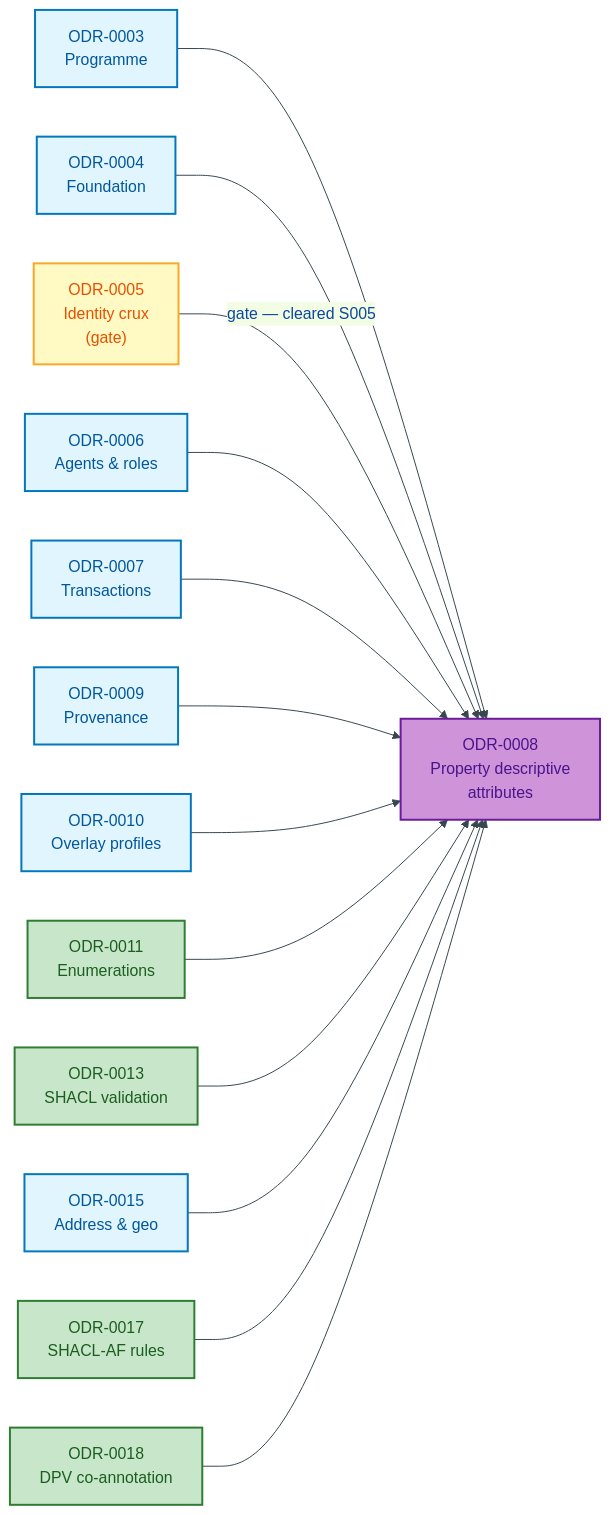
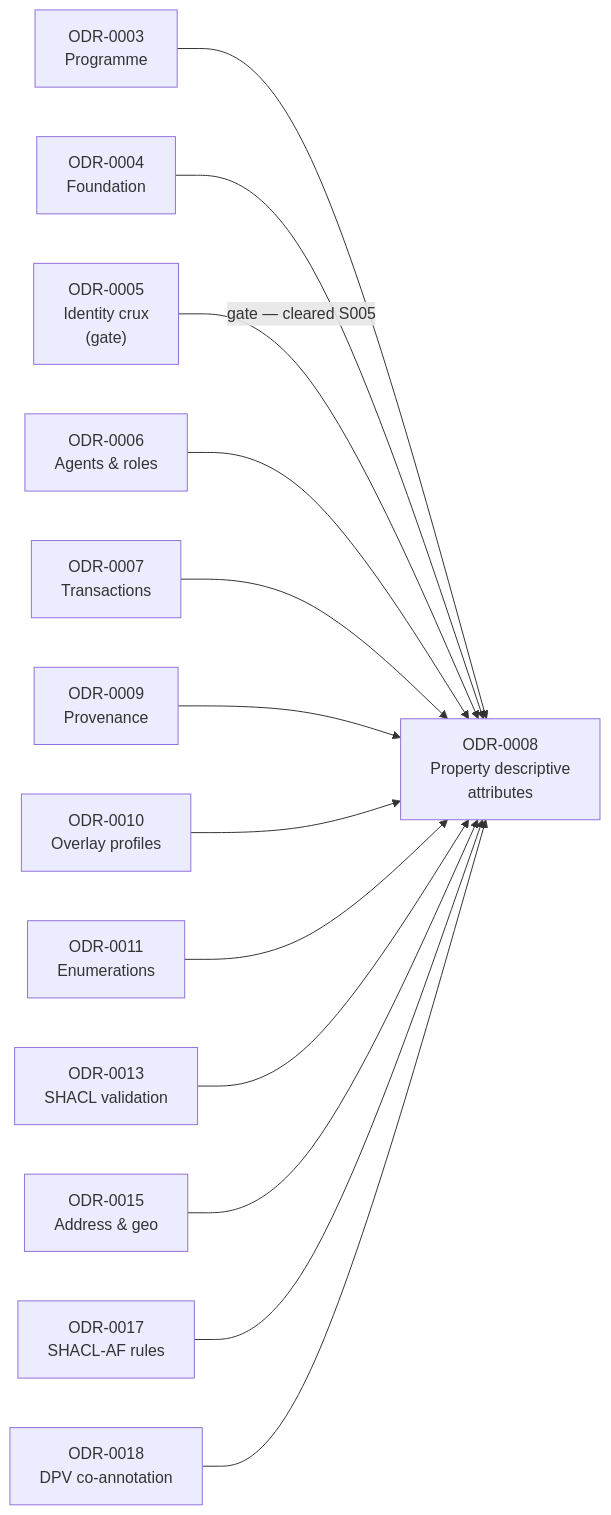
One commit to sparkling/opda changed the third of 3 diagrams in docs/ontology/odr/ODR-0008-property-descriptive-attributes.md. Above: the diagram before and after it, drawn with Mermaid. The commit also changed other lines of this file and 25 other files, not shown here.

````diff
--- a/docs/ontology/odr/ODR-0008-property-descriptive-attributes.md
+++ b/docs/ontology/odr/ODR-0008-property-descriptive-attributes.md
@@ -190,37 +184,32 @@
 ```mermaid
-%%{init:{"theme":"base","themeVariables":{"primaryColor":"#E3F2FD","primaryTextColor":"#0D47A1","primaryBorderColor":"#1565C0","lineColor":"#37474F"}}}%%
 flowchart LR
     accTitle: ODR-0008 dependency graph
     accDescr: Shows which ODRs ODR-0008 depends on and which it implements, based on frontmatter depends-on and implements fields.
-    classDef foundation fill:#E1F5FE,stroke:#0277BD,stroke-width:2px,color:#01579B
-    classDef gate fill:#FFF9C4,stroke:#F9A825,stroke-width:2px,color:#E65100
-    classDef impl fill:#C8E6C9,stroke:#2E7D32,stroke-width:2px,color:#1B5E20
-    classDef self fill:#CE93D8,stroke:#6A1B9A,stroke-width:2px,color:#4A148C
 
-    ODR0003["ODR-0003<br/>Programme"]:::foundation
-    ODR0004["ODR-0004<br/>Foundation"]:::foundation
-    ODR0005["ODR-0005<br/>Identity crux<br/>(gate)"]:::gate
-    ODR0006["ODR-0006<br/>Agents &amp; roles"]:::foundation
-    ODR0007["ODR-0007<br/>Transactions"]:::foundation
-    ODR0009["ODR-0009<br/>Provenance"]:::foundation
-    ODR0010["ODR-0010<br/>Overlay profiles"]:::foundation
-    ODR0011["ODR-0011<br/>Enumerations"]:::impl
-    ODR0013["ODR-0013<br/>SHACL validation"]:::impl
-    ODR0015["ODR-0015<br/>Address &amp; geo"]:::foundation
-    ODR0017["ODR-0017<br/>SHACL-AF rules"]:::impl
-    ODR0018["ODR-0018<br/>DPV co-annotation"]:::impl
-    ODR0008["ODR-0008<br/>Property descriptive<br/>attributes"]:::self
+    ODR0003["ODR-0003<br/>Programme"]:::process
+    ODR0004["ODR-0004<br/>Foundation"]:::process
+    ODR0005["ODR-0005<br/>Identity crux<br/>(gate)"]:::warning
+    ODR0006["ODR-0006<br/>Agents &amp; roles"]:::process
+    ODR0007["ODR-0007<br/>Transactions"]:::process
+    ODR0009["ODR-0009<br/>Provenance"]:::process
+    ODR0010["ODR-0010<br/>Overlay profiles"]:::process
+    ODR0011["ODR-0011<br/>Enumerations"]:::success
+    ODR0013["ODR-0013<br/>SHACL validation"]:::success
+    ODR0015["ODR-0015<br/>Address &amp; geo"]:::process
+    ODR0017["ODR-0017<br/>SHACL-AF rules"]:::success
+    ODR0018["ODR-0018<br/>DPV co-annotation"]:::success
+    ODR0008["ODR-0008<br/>Property descriptive<br/>attributes"]:::user
 
     ODR0003 --> ODR0008
     ODR0004 --> ODR0008
     ODR0005 -->|"gate — cleared S005"| ODR0008
     ODR0006 --> ODR0008
     ODR0007 --> ODR0008
     ODR0009 --> ODR0008
     ODR0010 --> ODR0008
     ODR0011 --> ODR0008
     ODR0013 --> ODR0008
     ODR0015 --> ODR0008
     ODR0017 --> ODR0008
     ODR0018 --> ODR0008
 ```
````
